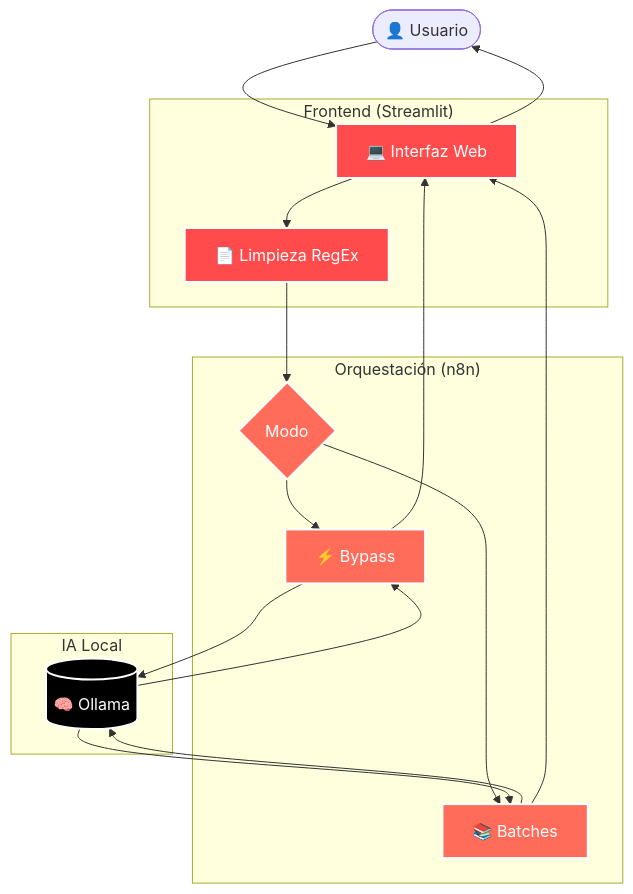
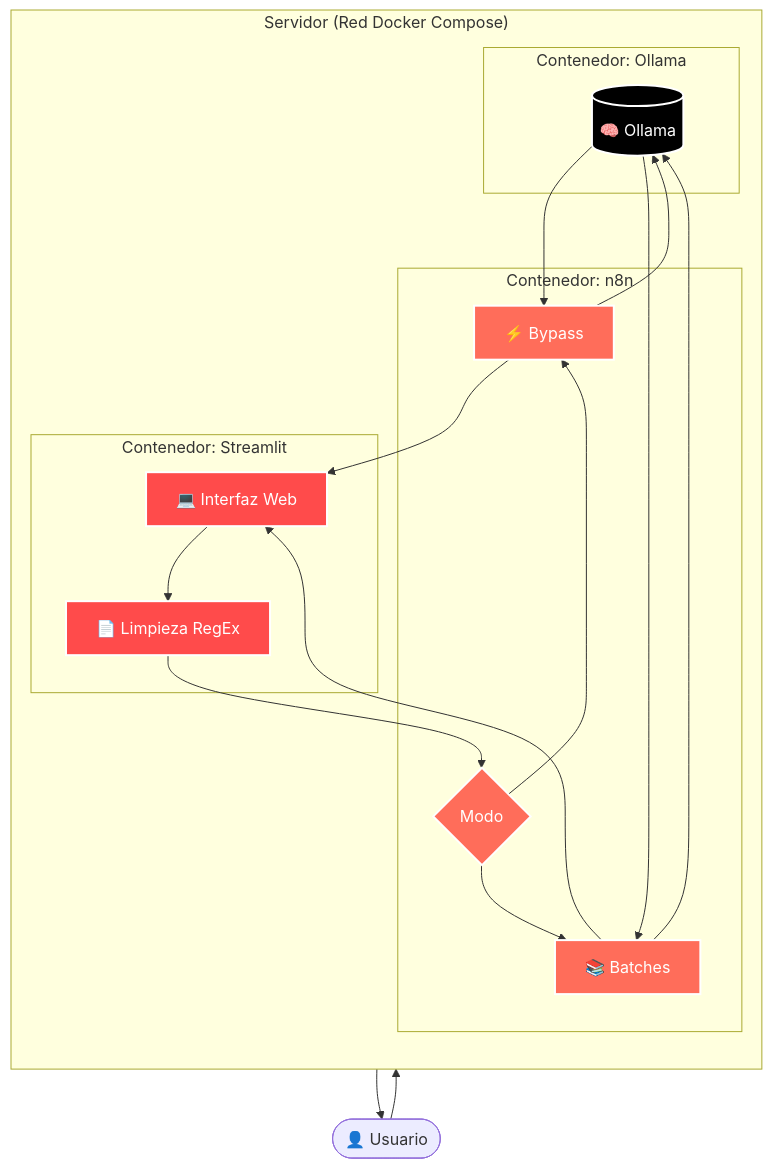
The diagram in README.md (mbaigorriaia-design/minutas-ia), drawn with Mermaid before and after one commit.

Commit message:
Docs: Refinar diagramas Mermaid para reflejar infraestructura en servidor Docker

````diff
--- a/README.md
+++ b/README.md
@@ -15,32 +15,36 @@
 ```mermaid
 graph TD
     classDef frontend fill:#ff4b4b,stroke:#fff,stroke-width:2px,color:#fff;
     classDef n8n fill:#ff6d5a,stroke:#fff,stroke-width:2px,color:#fff;
     classDef llm fill:#000000,stroke:#fff,stroke-width:2px,color:#fff;
+    classDef server fill:#f5f5f5,stroke:#9e9e9e,stroke-width:2px,stroke-dasharray: 5 5;
 
     User([👤 Usuario])
     
-    subgraph "Frontend (Streamlit)"
-        UI[💻 Interfaz Web]:::frontend
-        Extractor[📄 Limpieza RegEx]:::frontend
-    end
-    
-    subgraph "Orquestación (n8n)"
-        Router{Modo}:::n8n
-        ModoRapido[⚡ Bypass]:::n8n
-        ModoExtenso[📚 Batches]:::n8n
-    end
-    
-    subgraph "IA Local"
-        Ollama[(🧠 Ollama)]:::llm
+    subgraph "Servidor (Red Docker Compose)"
+        direction TB
+        subgraph "Contenedor: Streamlit"
+            UI[💻 Interfaz Web]:::frontend
+            Extractor[📄 Limpieza RegEx]:::frontend
+        end
+        
+        subgraph "Contenedor: n8n"
+            Router{Modo}:::n8n
+            ModoRapido[⚡ Bypass]:::n8n
+            ModoExtenso[📚 Batches]:::n8n
+        end
+        
+        subgraph "Contenedor: Ollama"
+            Ollama[(🧠 Ollama)]:::llm
+        end
     end
 
     User --> UI
     UI --> Extractor
     Extractor --> Router
     Router --> ModoRapido & ModoExtenso
     ModoRapido & ModoExtenso --> Ollama
     Ollama --> ModoRapido & ModoExtenso
     ModoRapido & ModoExtenso --> UI
     UI --> User
 ```
````
